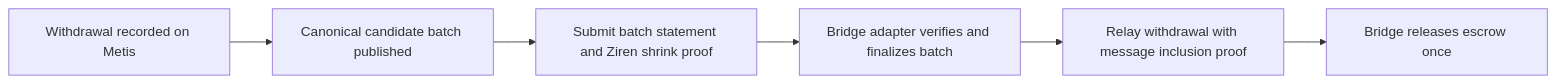
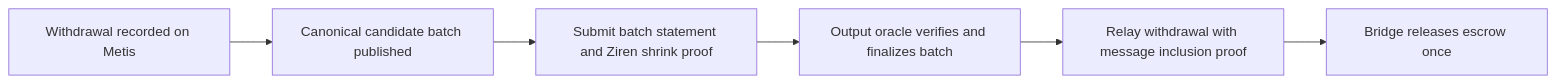
The diagram in docs/bridge.md (ProjectZKM/OPSuccinct), drawn with Mermaid before and after one commit. The commit also changed other lines of this file and 14 other files, not shown here.

First line of the commit message:
Add MetisOPSuccinctL2OutputOracle, note verifier costs, simplify reproduction (#2)

````diff
--- a/docs/bridge.md
+++ b/docs/bridge.md
@@ -8,8 +9,8 @@
 ```mermaid
 flowchart LR
     A[Withdrawal recorded on Metis] --> B[Canonical candidate batch published]
     B --> C[Submit batch statement and Ziren shrink proof]
-    C --> D[Bridge adapter verifies and finalizes batch]
+    C --> D[Output oracle verifies and finalizes batch]
     D --> E[Relay withdrawal with message inclusion proof]
     E --> F[Bridge releases escrow once]
 ```
````
